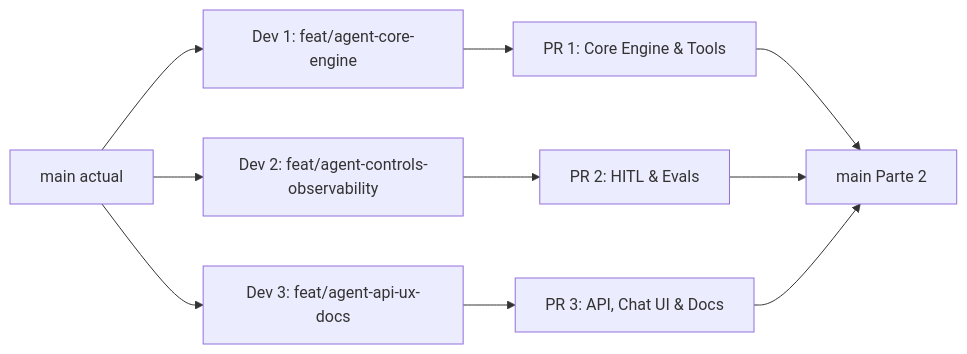
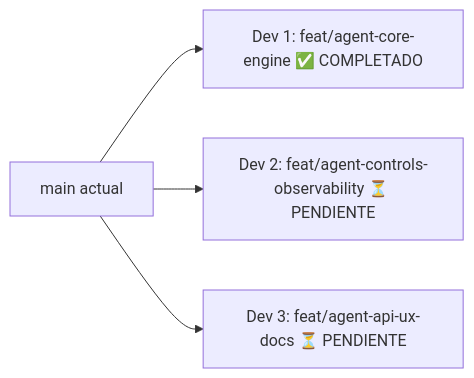
Before and after one commit to luisverlet/systemdesign_3: the second of 2 diagrams in openspec/documento_de_arquitectura_de_agente.md, drawn with Mermaid. The commit also changed other lines of this file, not shown here.

Commit message:
docs: detail explicit task breakdowns and prompts for Dev 2 and Dev 3

````diff
--- a/openspec/documento_de_arquitectura_de_agente.md
+++ b/openspec/documento_de_arquitectura_de_agente.md
@@ -103,14 +103,6 @@
 ```mermaid
 flowchart LR
-    M1[main actual] --> D1[Dev 1: feat/agent-core-engine]
-    M1 --> D2[Dev 2: feat/agent-controls-observability]
-    M1 --> D3[Dev 3: feat/agent-api-ux-docs]
-    
-    D1 --> PR1[PR 1: Core Engine & Tools]
-    D2 --> PR2[PR 2: HITL & Evals]
-    D3 --> PR3[PR 3: API, Chat UI & Docs]
-    
-    PR1 --> MainUpdated[main Parte 2]
-    PR2 --> MainUpdated
-    PR3 --> MainUpdated
+    M1[main actual] --> D1[Dev 1: feat/agent-core-engine ✅ COMPLETADO]
+    M1 --> D2[Dev 2: feat/agent-controls-observability ⏳ PENDIENTE]
+    M1 --> D3[Dev 3: feat/agent-api-ux-docs ⏳ PENDIENTE]
 ```
````
